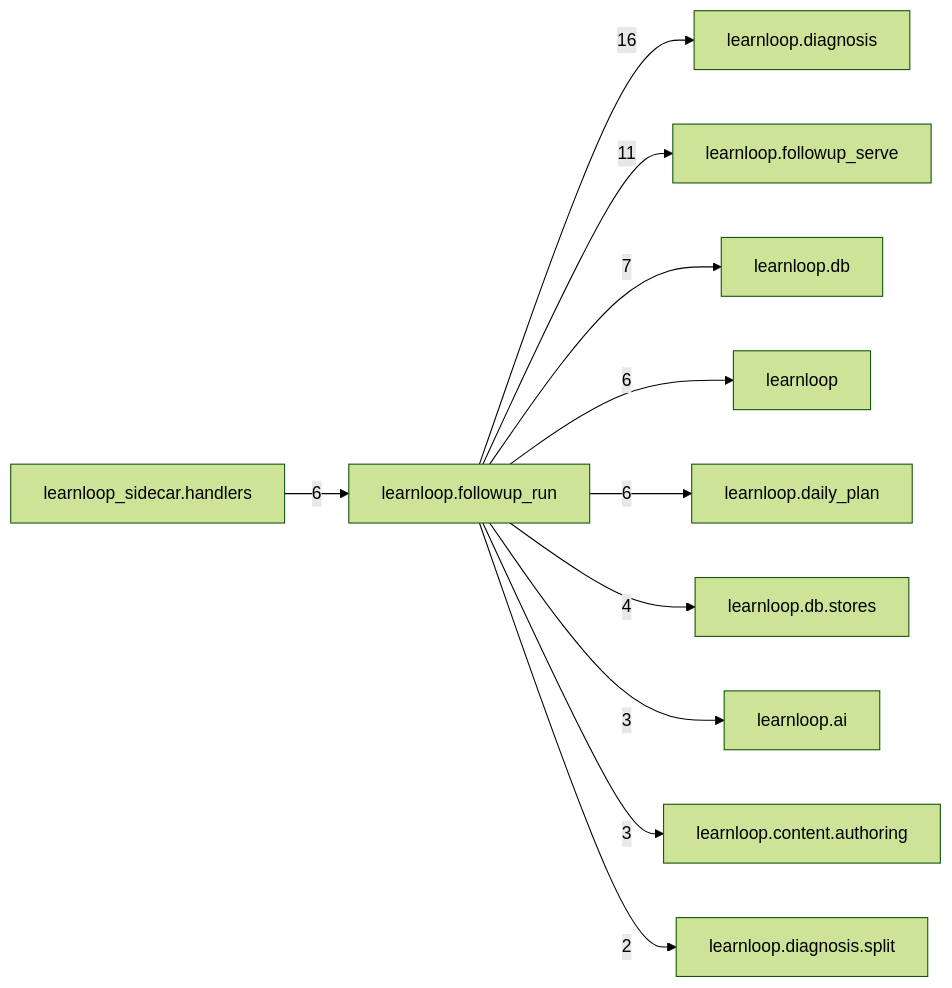
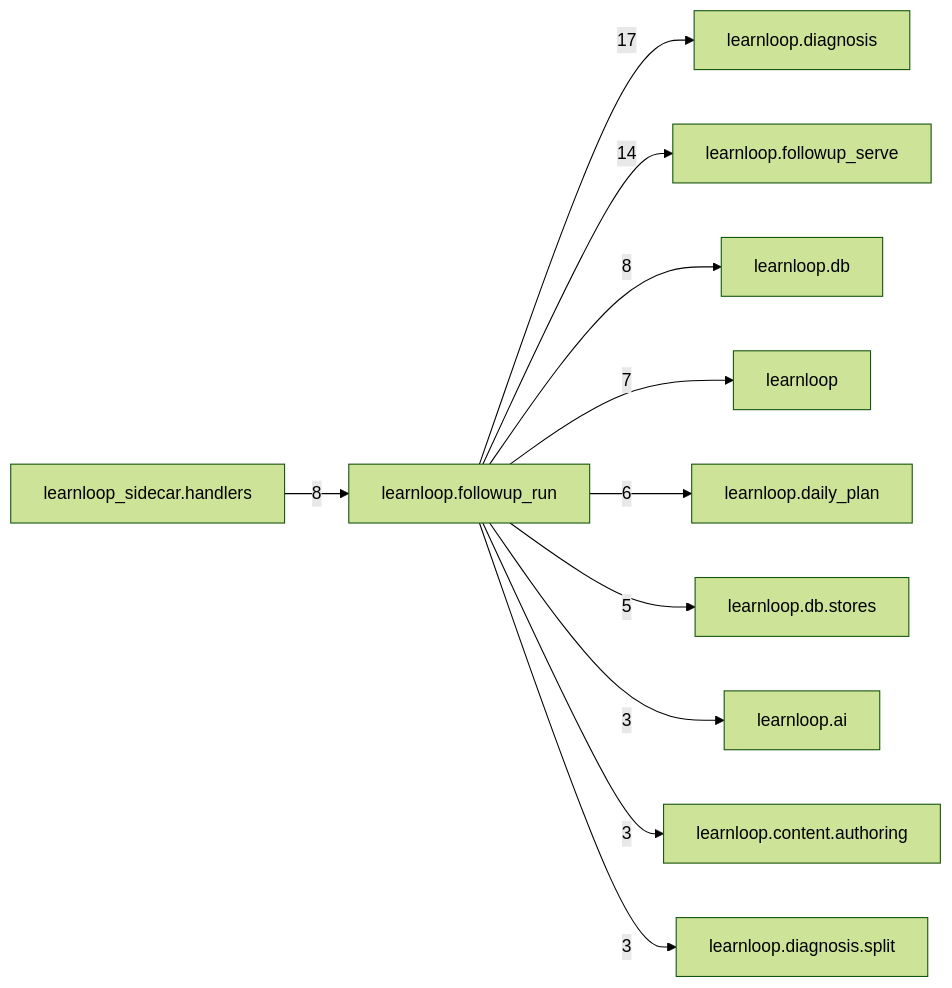
The diagram in docs/learnloop-architecture-vault/Reference/Modules/learnloop/followup_run/_package.md (6up-b/learnanything), drawn with Mermaid (forest theme) before and after one commit. The commit also changed other lines of this file and 559 other files, not shown here.

````diff
--- a/docs/learnloop-architecture-vault/Reference/Modules/learnloop/followup_run/_package.md
+++ b/docs/learnloop-architecture-vault/Reference/Modules/learnloop/followup_run/_package.md
@@ -92,24 +94,24 @@
 ```mermaid
 flowchart LR
     center["learnloop.followup_run"]
     n_learnloop_diagnosis["learnloop.diagnosis"]
     n_learnloop_followup_serve["learnloop.followup_serve"]
     n_learnloop_db["learnloop.db"]
+    n_learnloop_sidecar_handlers["learnloop_sidecar.handlers"]
     n_learnloop["learnloop"]
     n_learnloop_daily_plan["learnloop.daily_plan"]
-    n_learnloop_sidecar_handlers["learnloop_sidecar.handlers"]
     n_learnloop_db_stores["learnloop.db.stores"]
     n_learnloop_ai["learnloop.ai"]
     n_learnloop_content_authoring["learnloop.content.authoring"]
     n_learnloop_diagnosis_split["learnloop.diagnosis.split"]
-    center -->|16| n_learnloop_diagnosis
-    center -->|11| n_learnloop_followup_serve
-    center -->|7| n_learnloop_db
-    center -->|6| n_learnloop
+    center -->|17| n_learnloop_diagnosis
+    center -->|14| n_learnloop_followup_serve
+    center -->|8| n_learnloop_db
+    n_learnloop_sidecar_handlers -->|8| center
+    center -->|7| n_learnloop
     center -->|6| n_learnloop_daily_plan
-    n_learnloop_sidecar_handlers -->|6| center
-    center -->|4| n_learnloop_db_stores
+    center -->|5| n_learnloop_db_stores
     center -->|3| n_learnloop_ai
     center -->|3| n_learnloop_content_authoring
-    center -->|2| n_learnloop_diagnosis_split
+    center -->|3| n_learnloop_diagnosis_split
 ```
````
